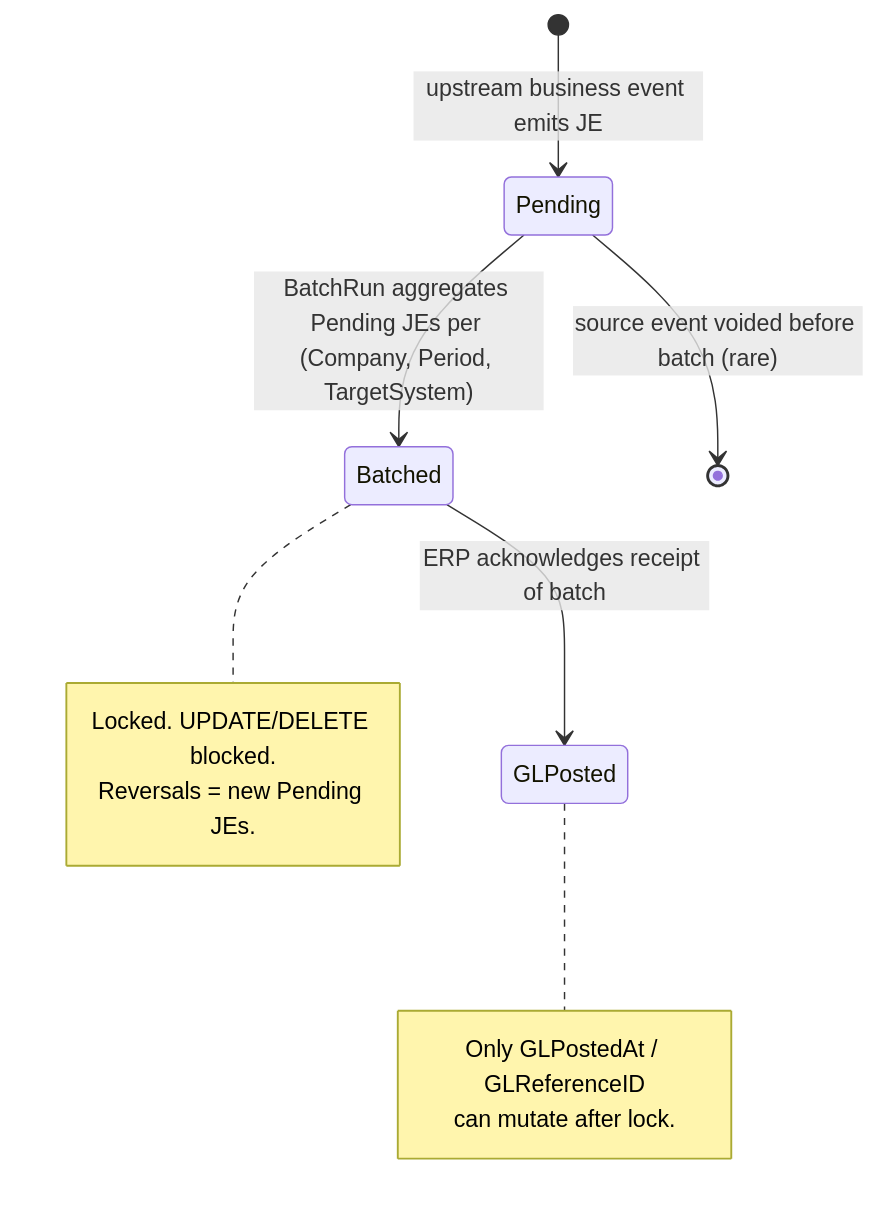
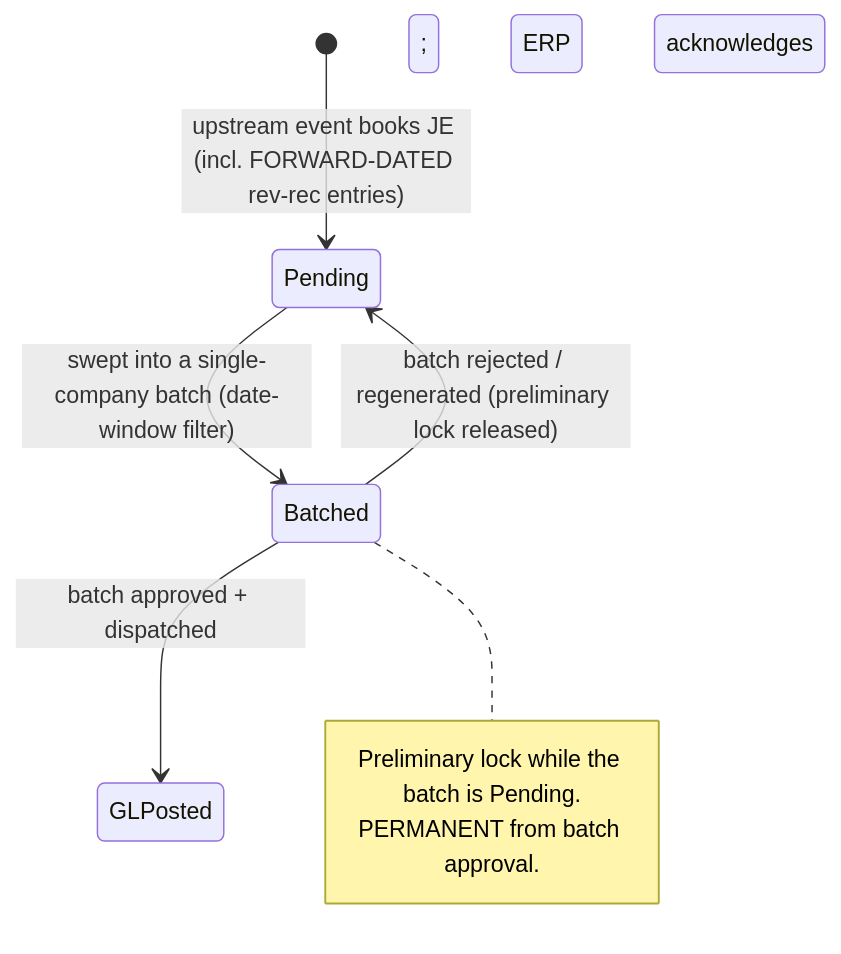
Before and after one commit to MemberJunction/bizapps-accounting: the diagram in README.md, drawn with Mermaid. The commit also changed other lines of this file, not shown here.

````diff
--- a/README.md
+++ b/README.md
@@ -170,17 +151,12 @@
 ```mermaid
 stateDiagram-v2
-    [*] --> Pending: upstream business event emits JE
-    Pending --> Batched: BatchRun aggregates Pending JEs per (Company, Period, TargetSystem)
-    Batched --> GLPosted: ERP acknowledges receipt of batch
-    Pending --> [*]: source event voided before batch (rare)
+    [*] --> Pending: upstream event books JE (incl. FORWARD-DATED rev-rec entries)
+    Pending --> Batched: swept into a single-company batch (date-window filter)
+    Batched --> Pending: batch rejected / regenerated (preliminary lock released)
+    Batched --> GLPosted: batch approved + dispatched; ERP acknowledges
 
     note right of Batched
-      Locked. UPDATE/DELETE blocked.
-      Reversals = new Pending JEs.
-    end note
-
-    note right of GLPosted
-      Only GLPostedAt / GLReferenceID
-      can mutate after lock.
+      Preliminary lock while the batch is Pending.
+      PERMANENT from batch approval.
     end note
 ```
````
